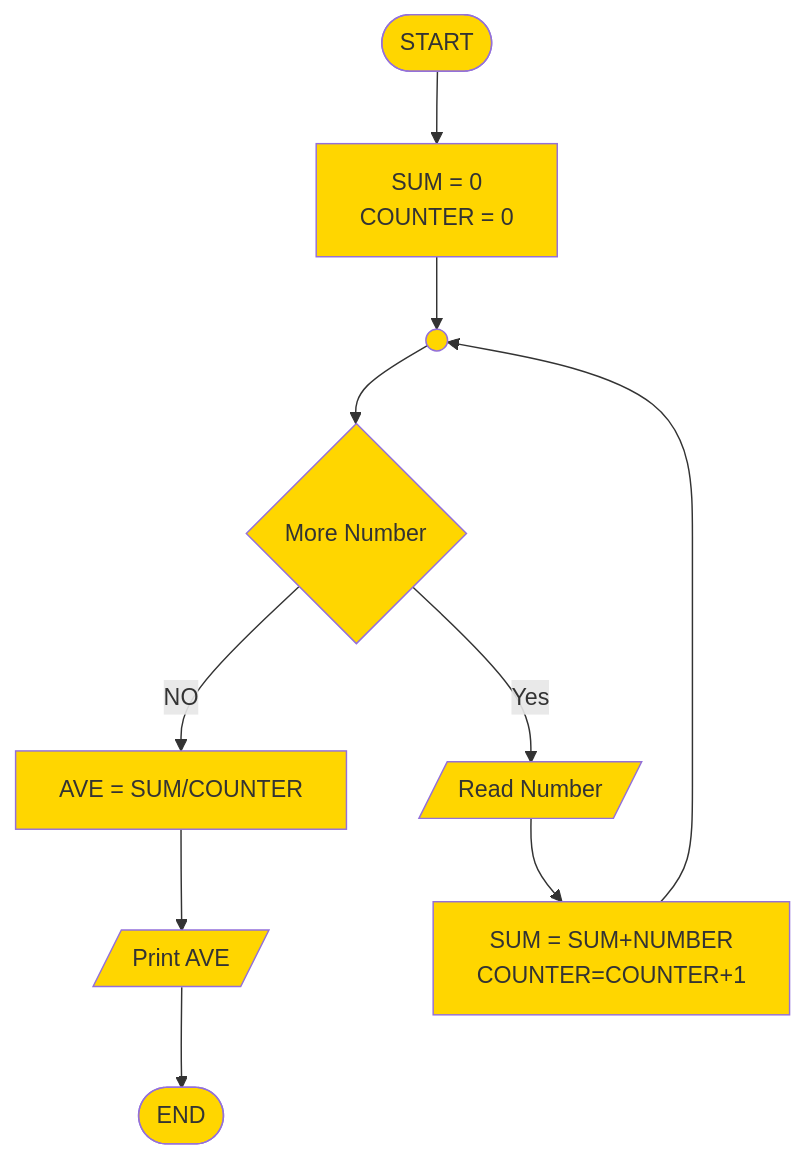
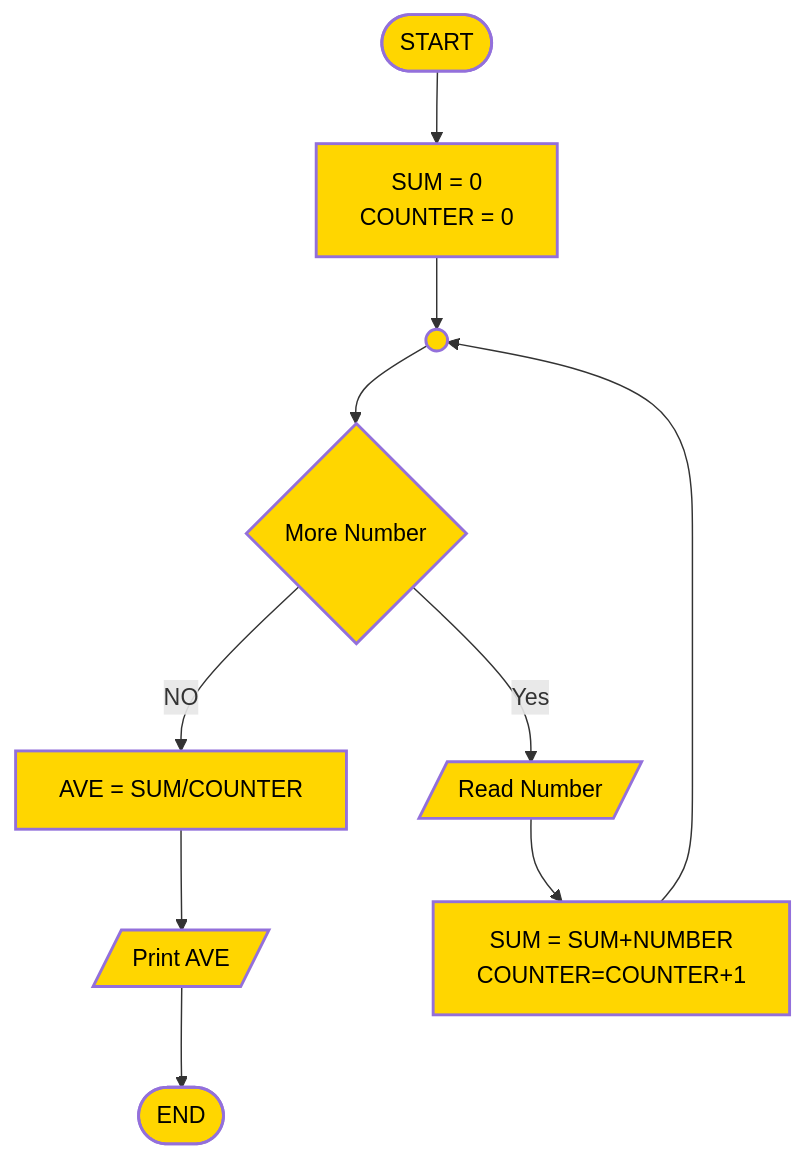
The sixth of 6 diagrams in README.MD (ArkarHein44/Flowchart), drawn with Mermaid before and after one commit.

Commit message:
init commit

````diff
--- a/README.MD
+++ b/README.MD
@@ -113,25 +113,25 @@
 ```mermaid
 flowchart TB
     A([START])-->B["`SUM = 0
     COUNTER = 0`"]
     B-->C(( ))
     C-->D{More Number}
     D-- NO -->F[AVE = SUM/COUNTER]
     D-- Yes -->E[/Read Number/]    
     E-->G["`SUM = SUM+NUMBER
     COUNTER=COUNTER+1`"]
     G-->C
     F-->H[/Print AVE/]
     H-->I([END])
 
     A:::Class_01
     B:::Class_01
     C:::Class_01
     D:::Class_01
     F:::Class_01
     E:::Class_01
     G:::Class_01
     H:::Class_01
     I:::Class_01
-    classDef Class_01 fill:#FFD600
+    classDef Class_01 fill:#FFD600, stroke-width:2px, stroke-dasharray: 0, color:#000000
 ```
````
